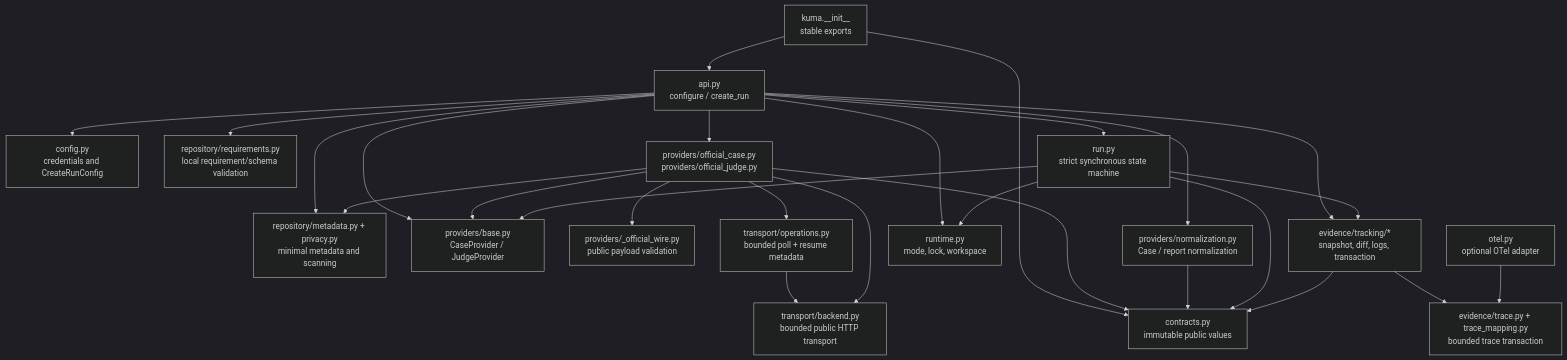
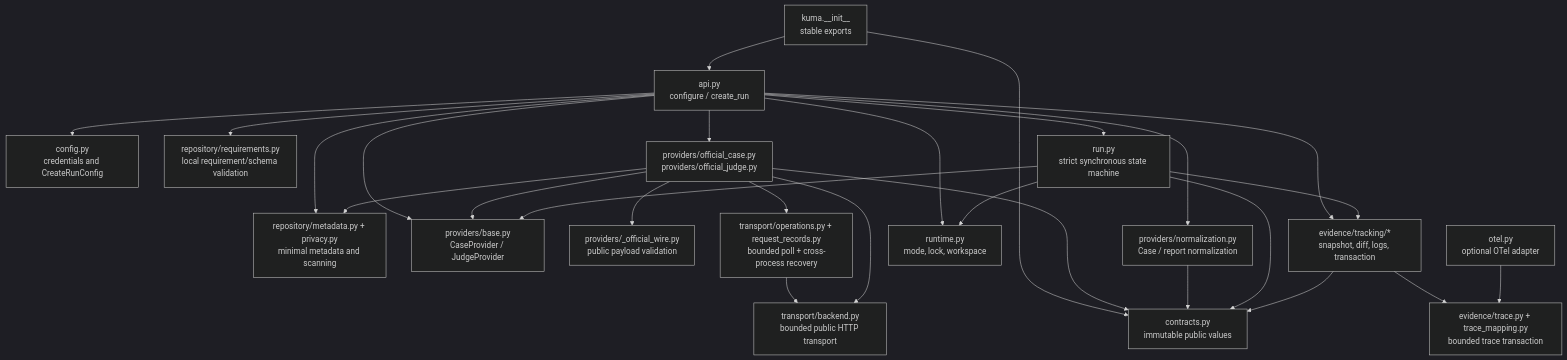
The second of 5 diagrams in docs/architecture.md (DDai22/KUMA-DefuzeX), drawn with Mermaid (dark theme) before and after one commit. The commit also changed other lines of this file and 26 other files, not shown here.

````diff
--- a/docs/architecture.md
+++ b/docs/architecture.md
@@ -33,47 +33,47 @@
 ```mermaid
 flowchart TD
     Init["kuma.__init__<br/>stable exports"]
     API["api.py<br/>configure / create_run"]
     Config["config.py<br/>credentials and CreateRunConfig"]
     Req["repository/requirements.py<br/>local requirement/schema validation"]
     Repo["repository/metadata.py + privacy.py<br/>minimal metadata and scanning"]
     ProviderPort["providers/base.py<br/>CaseProvider / JudgeProvider"]
     Official["providers/official_case.py<br/>providers/official_judge.py"]
     Wire["providers/_official_wire.py<br/>public payload validation"]
     Transport["transport/backend.py<br/>bounded public HTTP transport"]
     Normalize["providers/normalization.py<br/>Case / report normalization"]
     Run["run.py<br/>strict synchronous state machine"]
-    Operations["transport/operations.py<br/>bounded poll + resume metadata"]
+    Operations["transport/operations.py + request_records.py<br/>bounded poll + cross-process recovery"]
     Contracts["contracts.py<br/>immutable public values"]
     Runtime["runtime.py<br/>mode, lock, workspace"]
     Evidence["evidence/tracking/*<br/>snapshot, diff, logs, transaction"]
     Trace["evidence/trace.py + trace_mapping.py<br/>bounded trace transaction"]
     OTel["otel.py<br/>optional OTel adapter"]
 
     Init --> API
     Init --> Contracts
     API --> Config
     API --> Req
     API --> Repo
     API --> ProviderPort
     API --> Official
     API --> Normalize
     API --> Runtime
     API --> Evidence
     API --> Run
     Official --> Operations
     Operations --> Transport
     Official --> Transport
     Official --> Wire
     Official --> ProviderPort
     Official --> Repo
     Official --> Contracts
     Normalize --> Contracts
     Run --> ProviderPort
     Run --> Contracts
     Run --> Runtime
     Run --> Evidence
     Evidence --> Contracts
     Evidence --> Trace
     OTel --> Trace
 ```
````
